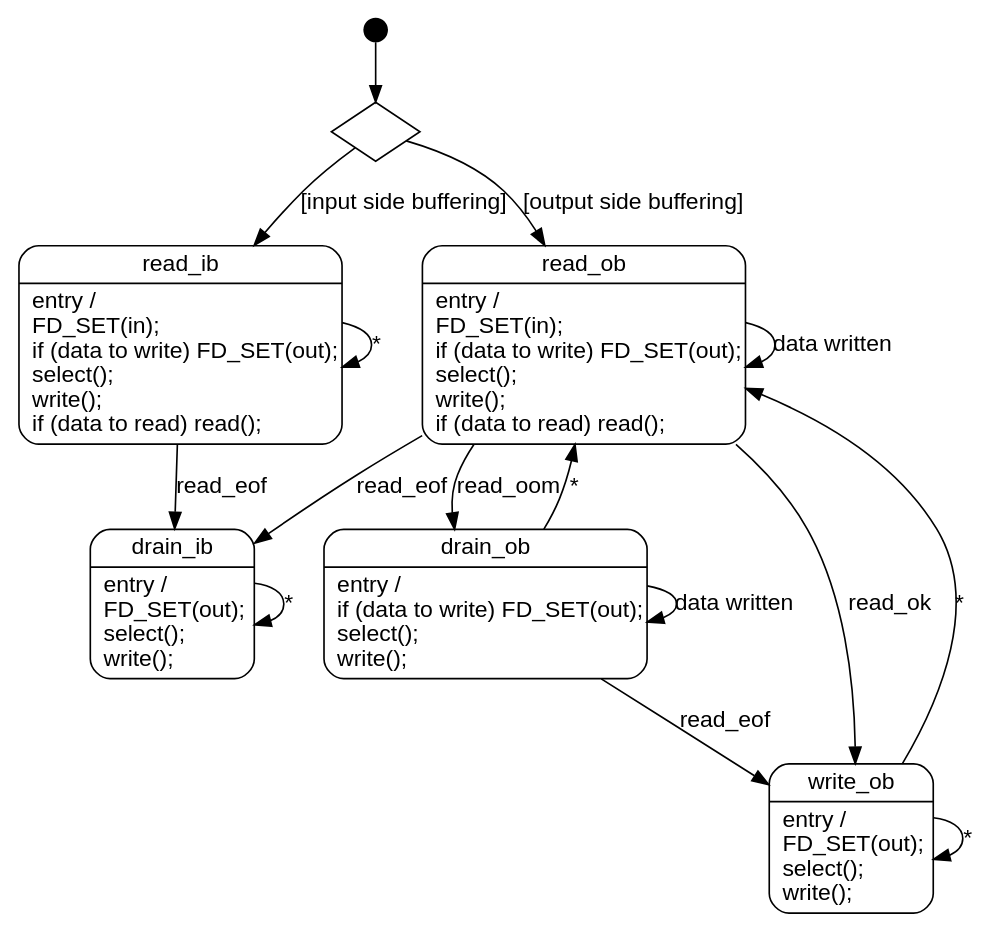
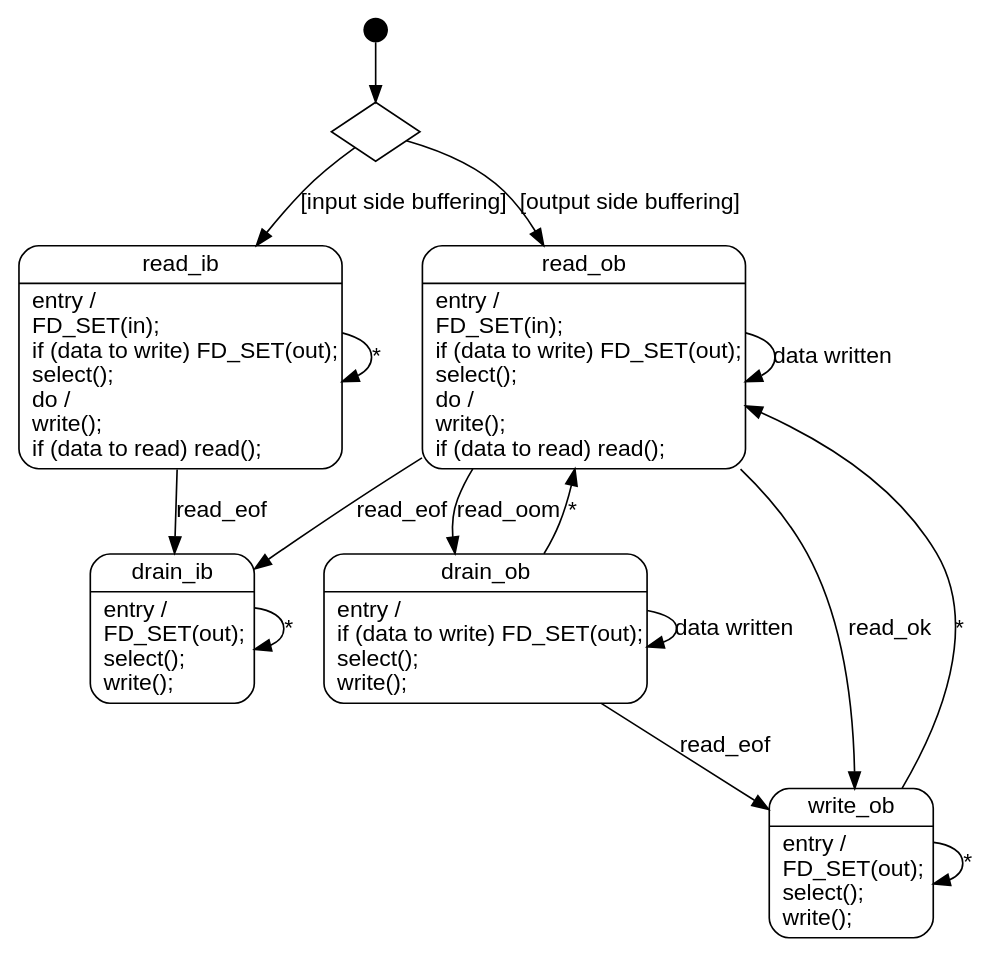
Before and after one commit to dspinellis/dgsh: the diagram in tee-state.dot, drawn with Graphviz.

Commit message:
Use do for write actions to allow exiting

```diff
--- a/tee-state.dot
+++ b/tee-state.dot
@@ -1,35 +1,35 @@
 digraph teestate {
 	node [shape="record", style="rounded", fontname="Arial"];
 	edge [fontname="Arial"];
 
 	drain_ib [label="{drain_ib|entry /\lFD_SET(out);\lselect();\lwrite();\l}"];
 	drain_ob [label="{drain_ob|entry /\lif (data to write) FD_SET(out);\lselect();\lwrite();\l}"];
-	read_ib [label="{read_ib|entry /\lFD_SET(in);\lif (data to write) FD_SET(out);\lselect();\lwrite();\lif (data to read) read();\l}"];
-	read_ob [label="{read_ob|entry /\lFD_SET(in);\lif (data to write) FD_SET(out);\lselect();\lwrite();\lif (data to read) read();\l}"];
+	read_ib [label="{read_ib|entry /\lFD_SET(in);\lif (data to write) FD_SET(out);\lselect();\ldo /\lwrite();\lif (data to read) read();\l}"];
+	read_ob [label="{read_ob|entry /\lFD_SET(in);\lif (data to write) FD_SET(out);\lselect();\ldo /\lwrite();\lif (data to read) read();\l}"];
 	write_ob [label="{write_ob|entry /\lFD_SET(out);\lselect();\lwrite();\l}"];
 
 	read_ob -> drain_ib [label="read_eof"];
 	read_ob -> write_ob [label="read_ok"];
 	read_ob -> drain_ob [label="read_oom"];
 	read_ob -> read_ob [label="data written"];
 
 	read_ib -> drain_ib [label="read_eof"];
 	read_ib -> read_ib [label="*"];
 
 	drain_ib -> drain_ib [label="*"];
 
 	write_ob -> read_ob [label="*"];
 	write_ob -> write_ob [label="*"];
 
 	drain_ob -> read_ob [label="*"];
 	drain_ob -> write_ob [label="read_eof"];
 	drain_ob -> drain_ob [label="data written"];
 
 	start [shape=circle,style=filled,label="",width=0.2,fillcolor=black,fixedsize=true];
 	bufftype [shape=diamond,label="",style=""];
 	start -> bufftype;
 	bufftype -> read_ib [label="[input side buffering]"];
 	bufftype -> read_ob [label="[output side buffering]"];
 
 	/* end [shape=doublecircle,style=filled,label="",width=0.3,fixedsize=true]; */
 }
```
